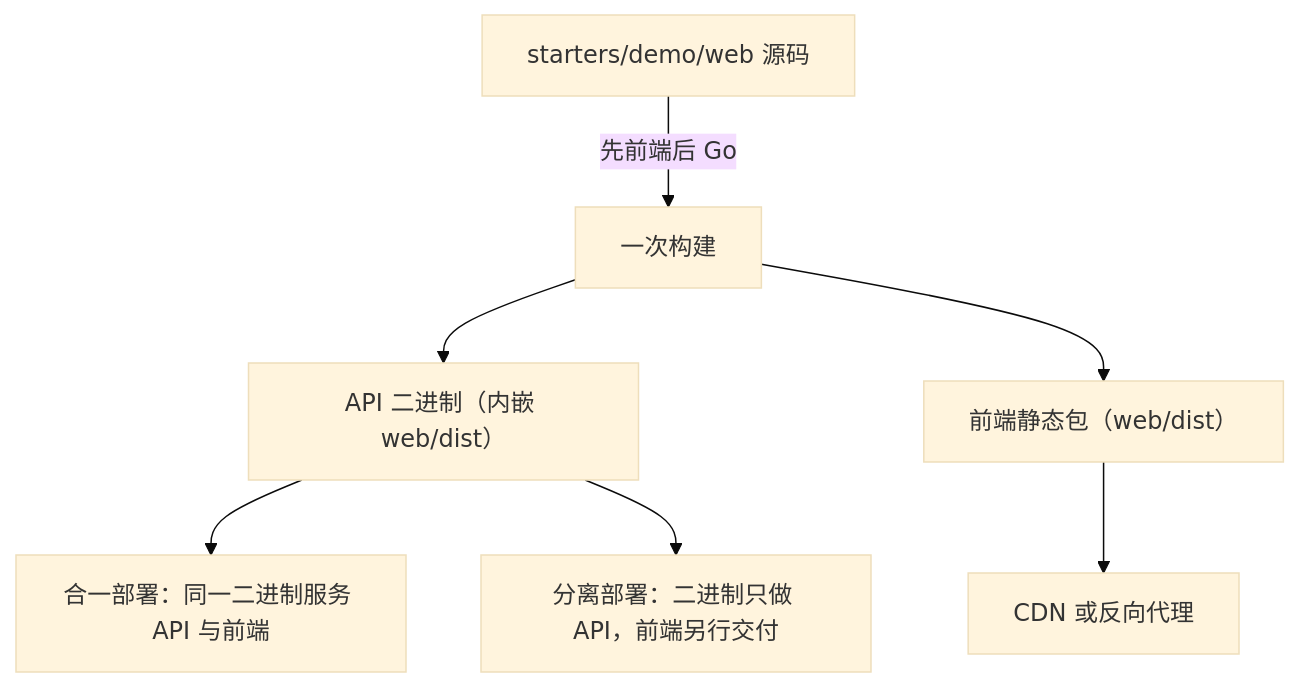
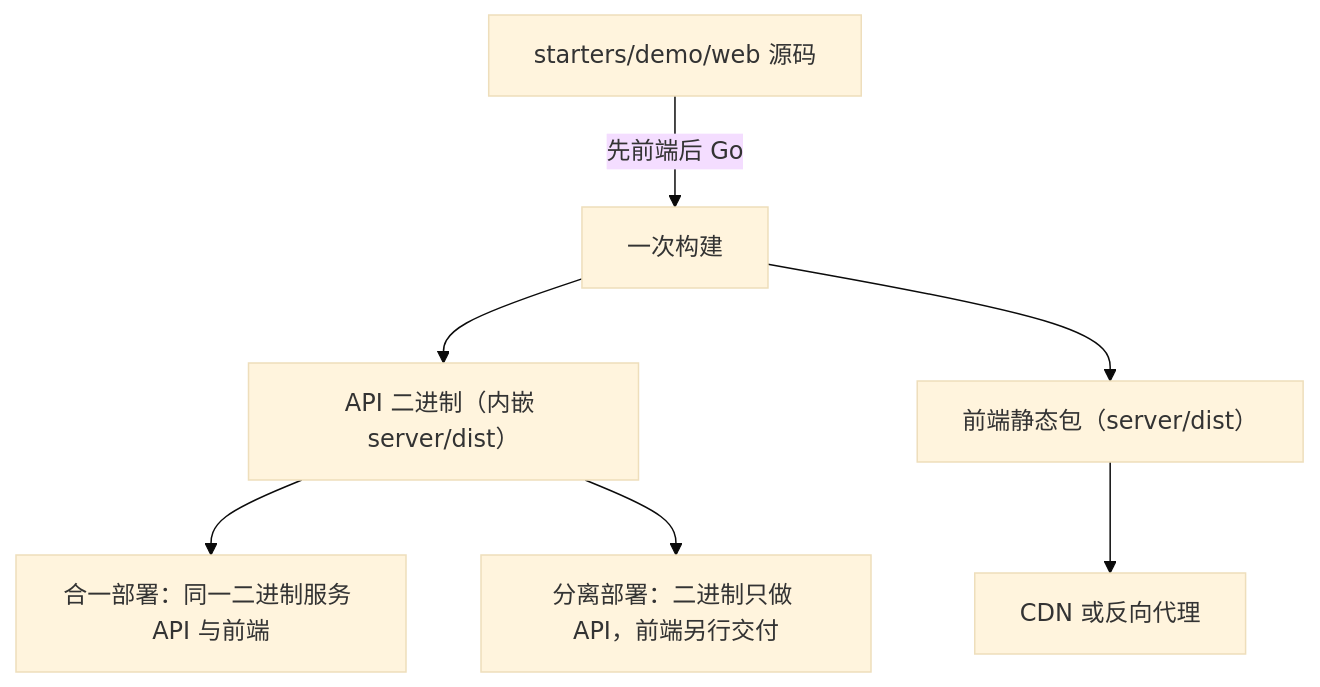
One commit to wangzw/speed changed the diagram in docs/design/modules/design-starters.md. Above: the diagram before and after it, drawn with Mermaid (base theme). The commit also changed other lines of this file and 28 other files, not shown here.

````diff
--- a/docs/design/modules/design-starters.md
+++ b/docs/design/modules/design-starters.md
@@ -100,17 +104,17 @@
 ```mermaid
 graph TD
     src["starters/demo/web 源码"]
     build["一次构建"]
-    bin["API 二进制（内嵌 web/dist）"]
-    pack["前端静态包（web/dist）"]
+    bin["API 二进制（内嵌 server/dist）"]
+    pack["前端静态包（server/dist）"]
     one["合一部署：同一二进制服务 API 与前端"]
     two["分离部署：二进制只做 API，前端另行交付"]
     edge["CDN 或反向代理"]
 
     src -->|"先前端后 Go"| build
     build --> bin
     build --> pack
     bin --> one
     bin --> two
     pack --> edge
 ```
````
